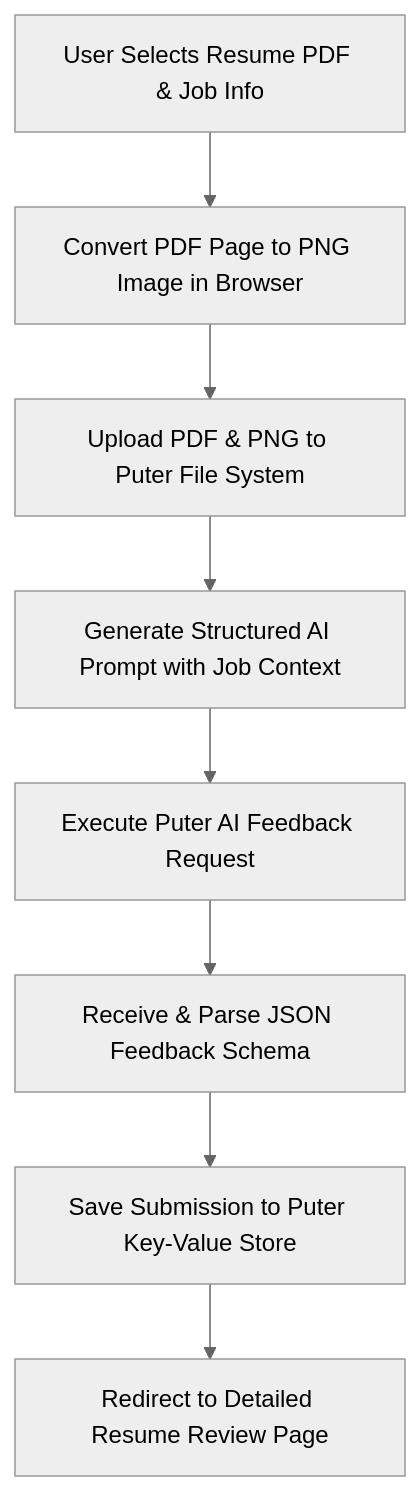
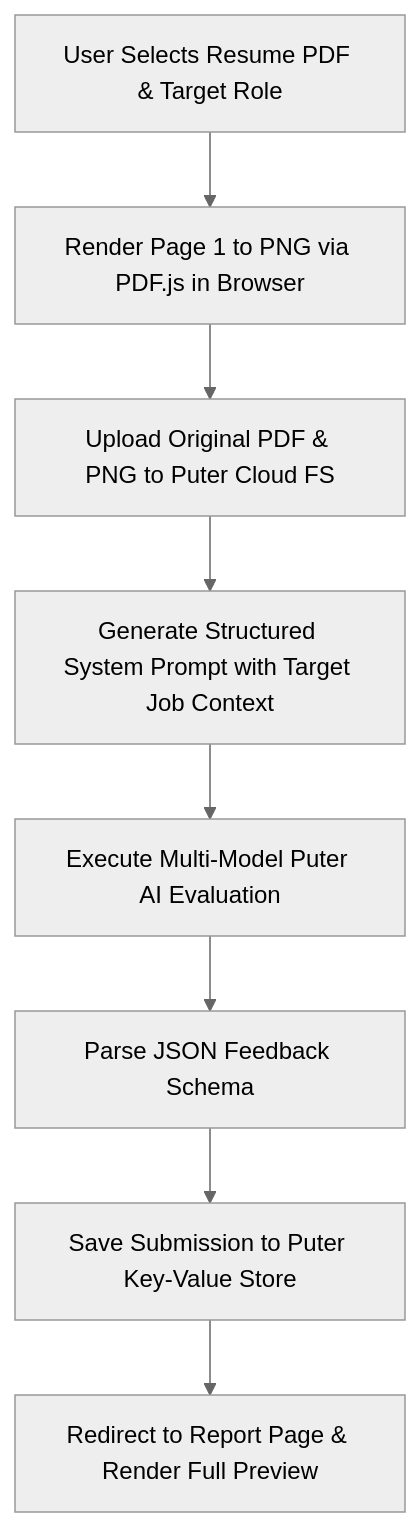
One commit to arpon-dutta07/ai_resume_analyzer changed the diagram in README.md. Above: the diagram before and after it, drawn with Mermaid (neutral theme). The commit also changed other lines of this file and 4 other files, not shown here.

````diff
--- a/README.md
+++ b/README.md
@@ -107,10 +105,10 @@
 ```mermaid
 flowchart TD
-    A[User Selects Resume PDF & Job Info] --> B[Convert PDF Page to PNG Image in Browser]
-    B --> C[Upload PDF & PNG to Puter File System]
-    C --> D[Generate Structured AI Prompt with Job Context]
-    D --> E[Execute Puter AI Feedback Request]
-    E --> F[Receive & Parse JSON Feedback Schema]
+    A[User Selects Resume PDF & Target Role] --> B[Render Page 1 to PNG via PDF.js in Browser]
+    B --> C[Upload Original PDF & PNG to Puter Cloud FS]
+    C --> D[Generate Structured System Prompt with Target Job Context]
+    D --> E[Execute Multi-Model Puter AI Evaluation]
+    E --> F[Parse JSON Feedback Schema]
     F --> G[Save Submission to Puter Key-Value Store]
-    G --> H[Redirect to Detailed Resume Review Page]
+    G --> H[Redirect to Report Page & Render Full Preview]
 ```
````
